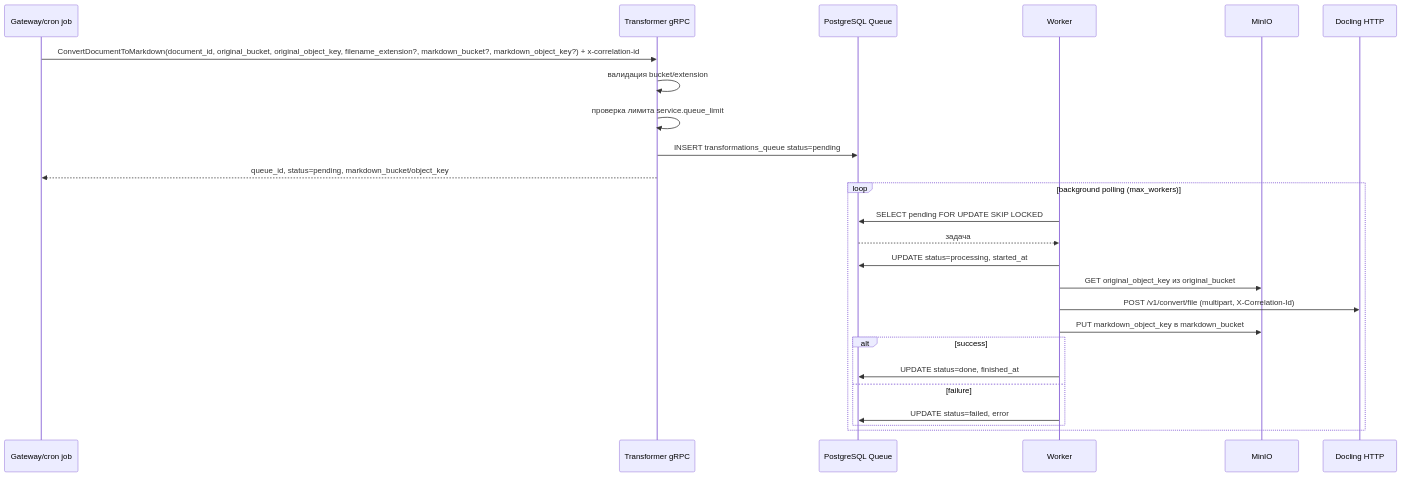
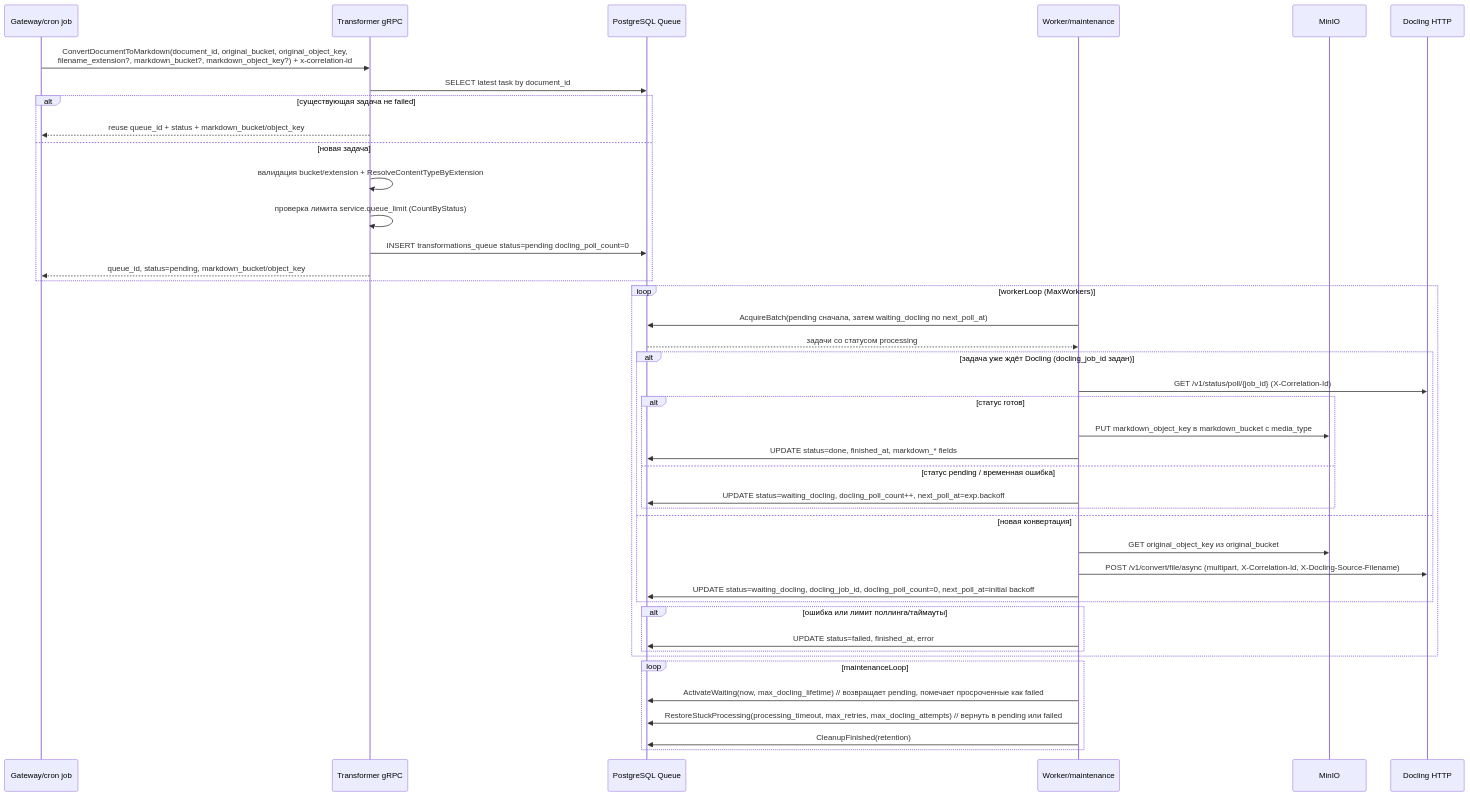
The diagram in backend/docling-transformer-service/sequence.md (FedorovTeam/mono-repo), drawn with Mermaid before and after one commit.

Commit message:
Update docling transformer sequence

````diff
--- a/backend/docling-transformer-service/sequence.md
+++ b/backend/docling-transformer-service/sequence.md
@@ -3,29 +3,47 @@
 ```mermaid
 sequenceDiagram
     participant GW as Gateway/cron job
     participant TR as Transformer gRPC
     participant PG as PostgreSQL Queue
-    participant WK as Worker
+    participant WK as Worker/maintenance
     participant MN as MinIO
     participant DL as Docling HTTP
 
-    GW->>TR: ConvertDocumentToMarkdown(document_id, original_bucket, original_object_key, filename_extension?, markdown_bucket?, markdown_object_key?) + x-correlation-id
-    TR->>TR: валидация bucket/extension
-    TR->>TR: проверка лимита service.queue_limit
-    TR->>PG: INSERT transformations_queue status=pending
-    TR-->>GW: queue_id, status=pending, markdown_bucket/object_key
+    GW->>TR: ConvertDocumentToMarkdown(document_id, original_bucket, original_object_key,<br/>filename_extension?, markdown_bucket?, markdown_object_key?) + x-correlation-id
+    TR->>PG: SELECT latest task by document_id
+    alt существующая задача не failed
+        TR-->>GW: reuse queue_id + status + markdown_bucket/object_key
+    else новая задача
+        TR->>TR: валидация bucket/extension + ResolveContentTypeByExtension
+        TR->>TR: проверка лимита service.queue_limit (CountByStatus)
+        TR->>PG: INSERT transformations_queue status=pending docling_poll_count=0
+        TR-->>GW: queue_id, status=pending, markdown_bucket/object_key
+    end
 
-    loop background polling (max_workers)
-        WK->>PG: SELECT pending FOR UPDATE SKIP LOCKED
-        PG-->>WK: задача
-        WK->>PG: UPDATE status=processing, started_at
-        WK->>MN: GET original_object_key из original_bucket
-        WK->>DL: POST /v1/convert/file (multipart, X-Correlation-Id)
-        WK->>MN: PUT markdown_object_key в markdown_bucket
-        alt success
-            WK->>PG: UPDATE status=done, finished_at
-        else failure
-            WK->>PG: UPDATE status=failed, error
+    loop workerLoop (MaxWorkers)
+        WK->>PG: AcquireBatch(pending сначала, затем waiting_docling по next_poll_at)
+        PG-->>WK: задачи со статусом processing
+        alt задача уже ждёт Docling (docling_job_id задан)
+            WK->>DL: GET /v1/status/poll/{job_id} (X-Correlation-Id)
+            alt статус готов
+                WK->>MN: PUT markdown_object_key в markdown_bucket c media_type
+                WK->>PG: UPDATE status=done, finished_at, markdown_* fields
+            else статус pending / временная ошибка
+                WK->>PG: UPDATE status=waiting_docling, docling_poll_count++, next_poll_at=exp.backoff
+            end
+        else новая конвертация
+            WK->>MN: GET original_object_key из original_bucket
+            WK->>DL: POST /v1/convert/file/async (multipart, X-Correlation-Id, X-Docling-Source-Filename)
+            WK->>PG: UPDATE status=waiting_docling, docling_job_id, docling_poll_count=0, next_poll_at=initial backoff
+        end
+        alt ошибка или лимит поллинга/таймауты
+            WK->>PG: UPDATE status=failed, finished_at, error
         end
     end
+
+    loop maintenanceLoop
+        WK->>PG: ActivateWaiting(now, max_docling_lifetime) // возвращает pending, помечает просроченные как failed
+        WK->>PG: RestoreStuckProcessing(processing_timeout, max_retries, max_docling_attempts) // вернуть в pending или failed
+        WK->>PG: CleanupFinished(retention)
+    end
 ```
````
